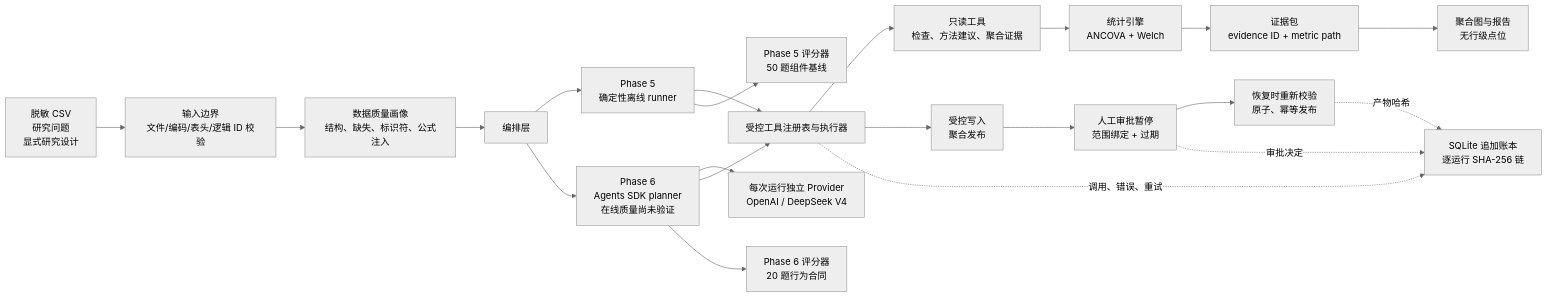
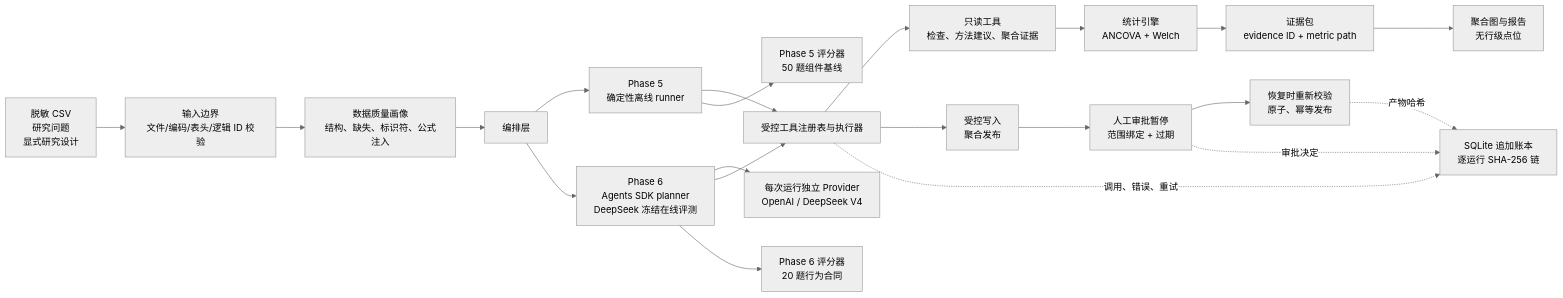
Before and after one commit to cedRiC874/researchops-agent: the first of 2 diagrams in docs/PORTFOLIO.md, drawn with Mermaid (neutral theme). The commit also changed other lines of this file and 25 other files, not shown here.

Commit message:
Complete frozen DeepSeek Phase 6 evaluation

````diff
--- a/docs/PORTFOLIO.md
+++ b/docs/PORTFOLIO.md
@@ -175,23 +175,23 @@
 ```mermaid
 flowchart LR
     A["脱敏 CSV<br/>研究问题<br/>显式研究设计"] --> B["输入边界<br/>文件/编码/表头/逻辑 ID 校验"]
     B --> C["数据质量画像<br/>结构、缺失、标识符、公式注入"]
     C --> D["编排层"]
     D --> D1["Phase 5<br/>确定性离线 runner"]
-    D --> D2["Phase 6<br/>Agents SDK planner<br/>在线质量尚未验证"]
+    D --> D2["Phase 6<br/>Agents SDK planner<br/>DeepSeek 冻结在线评测"]
     D2 --> PV["每次运行独立 Provider<br/>OpenAI / DeepSeek V4"]
     D1 --> E["受控工具注册表与执行器"]
     D2 --> E
     E --> F1["只读工具<br/>检查、方法建议、聚合证据"]
     E --> F2["受控写入<br/>聚合发布"]
     F2 --> G["人工审批暂停<br/>范围绑定 + 过期"]
     G --> H["恢复时重新校验<br/>原子、幂等发布"]
     F1 --> I["统计引擎<br/>ANCOVA + Welch"]
     I --> J["证据包<br/>evidence ID + metric path"]
     J --> K["聚合图与报告<br/>无行级点位"]
     E -. "调用、错误、重试" .-> L["SQLite 追加账本<br/>逐运行 SHA-256 链"]
     G -. "审批决定" .-> L
     H -. "产物哈希" .-> L
     D1 --> M["Phase 5 评分器<br/>50 题组件基线"]
     D2 --> N["Phase 6 评分器<br/>20 题行为合同"]
 ```
````
